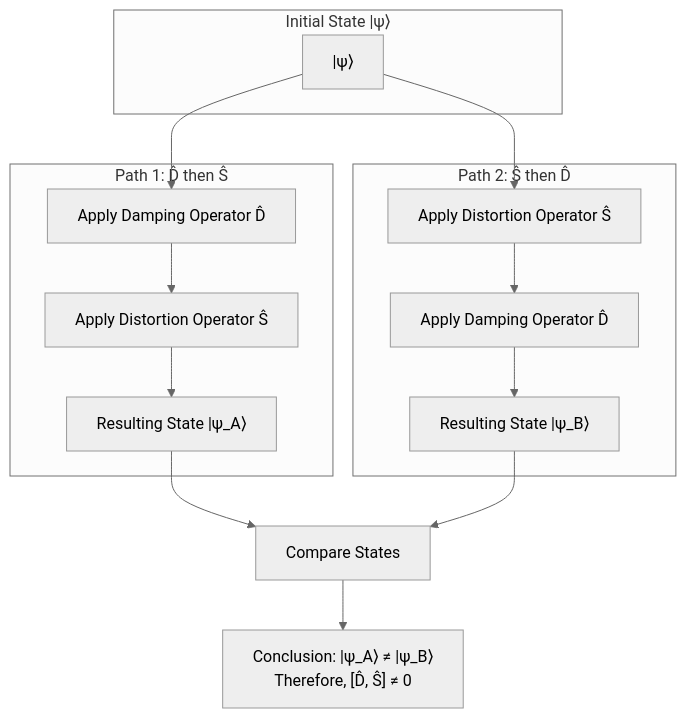
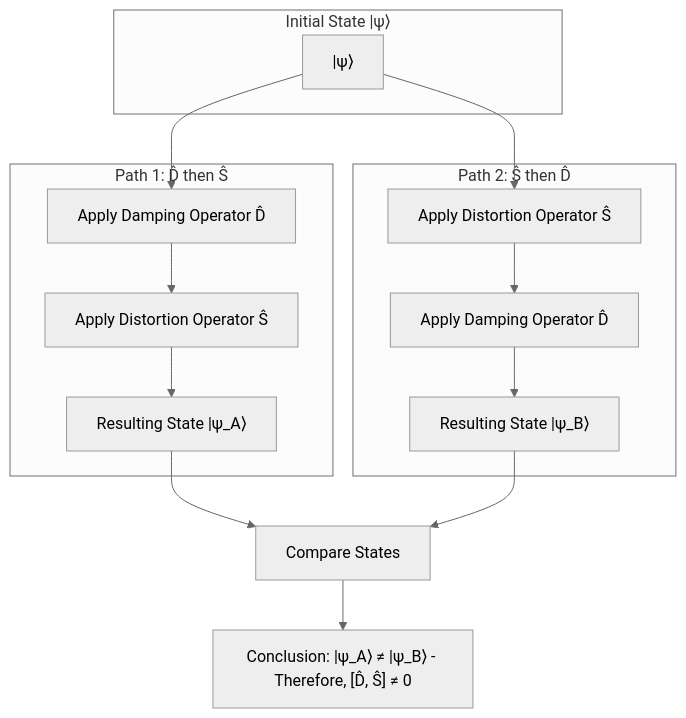
Before and after one commit to Foundup/Foundups-Agent: the second of 13 diagrams in WSP_knowledge/docs/Papers/Patent_Series/04_rESP_Patent_Updated.md, drawn with Mermaid (neutral theme). The commit also changed other lines of this file, not shown here.

Commit message:
WSP 20: Fix all remaining Mermaid parsing errors in patent diagrams - Remove HTML br tags and Greek characters - Replace rho symbol with text - Replace br tags with dashes - All 13 figures now use clean Mermaid syntax

````diff
--- a/WSP_knowledge/docs/Papers/Patent_Series/04_rESP_Patent_Updated.md
+++ b/WSP_knowledge/docs/Papers/Patent_Series/04_rESP_Patent_Updated.md
@@ -196,18 +196,18 @@
 ```mermaid
 graph TD
     subgraph "Initial State |ψ⟩"
         A["|ψ⟩"]
     end
 
     subgraph "Path 1: D̂ then Ŝ"
         A --> D1["Apply Damping Operator D̂"] --> S1["Apply Distortion Operator Ŝ"] --> R1["Resulting State |ψ_A⟩"]
     end
 
     subgraph "Path 2: Ŝ then D̂"
         A --> S2["Apply Distortion Operator Ŝ"] --> D2["Apply Damping Operator D̂"] --> R2["Resulting State |ψ_B⟩"]
     end
 
     R1 --> F["Compare States"]
     R2 --> F
-    F --> G["Conclusion: |ψ_A⟩ ≠ |ψ_B⟩<br/>Therefore, [D̂, Ŝ] ≠ 0"]
+    F --> G["Conclusion: |ψ_A⟩ ≠ |ψ_B⟩ - Therefore, [D̂, Ŝ] ≠ 0"]
 ```
````
